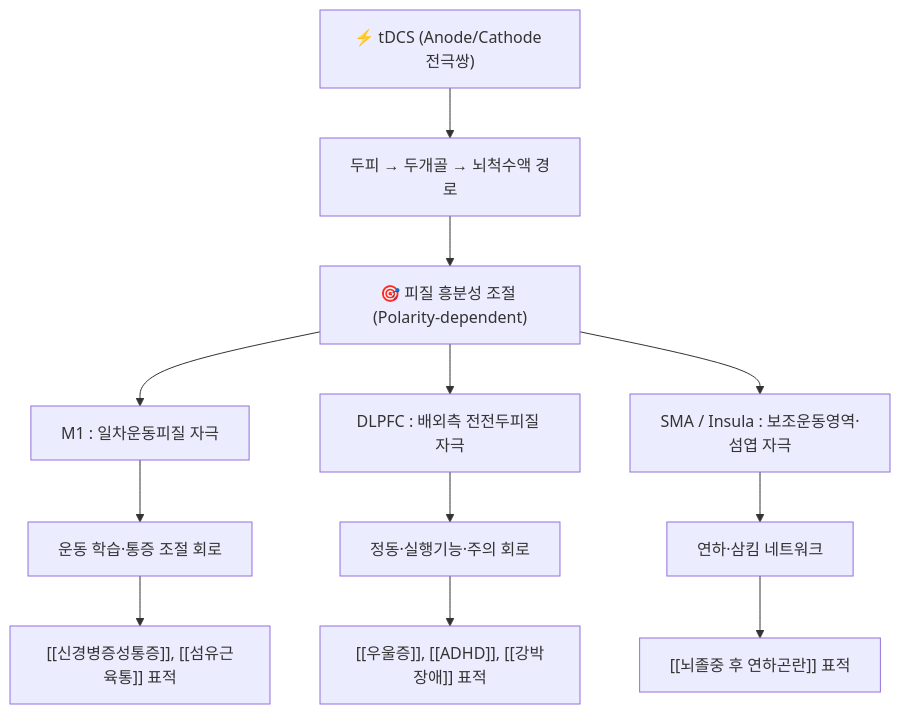
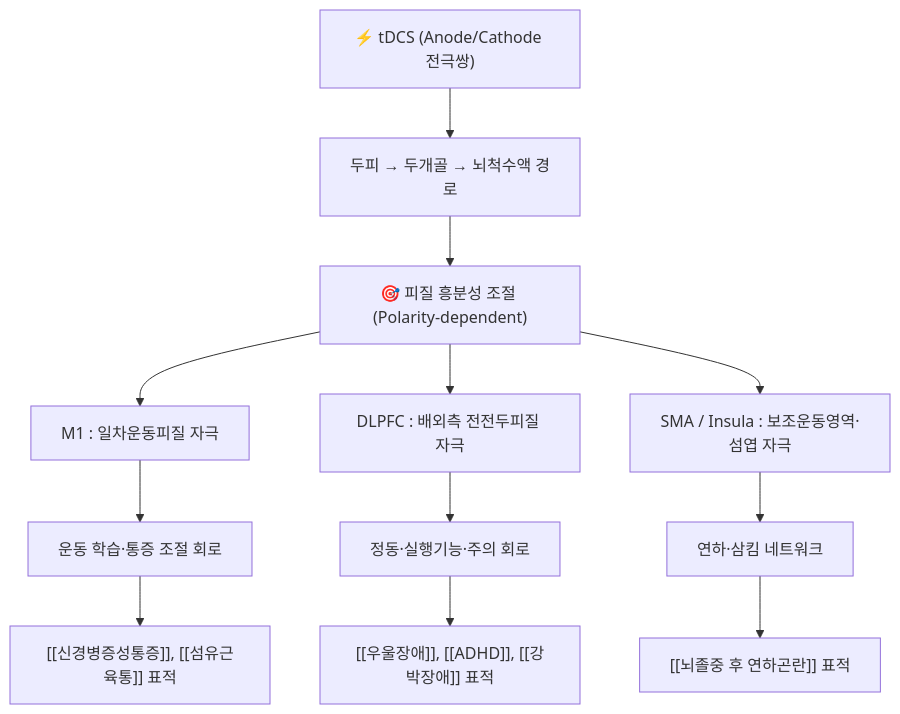
One commit to simbio11/simbio-digital-garden2 changed the diagram in content/3. 이론 공부/의학개념/신경생리·수용기/tDCS.md. Above: the diagram before and after it, drawn with Mermaid. The commit also changed 442 other files, not shown here.

````diff
--- a/content/3. 이론 공부/의학개념/신경생리·수용기/tDCS.md
+++ b/content/3. 이론 공부/의학개념/신경생리·수용기/tDCS.md
@@ -84,14 +84,14 @@
 ```mermaid
 graph TD
     A["⚡ tDCS (Anode/Cathode 전극쌍)"] --> B["두피 → 두개골 → 뇌척수액 경로"]
     B --> C["🎯 피질 흥분성 조절 (Polarity-dependent)"]
     C --> D["M1 : 일차운동피질 자극"]
     C --> E["DLPFC : 배외측 전전두피질 자극"]
     C --> F["SMA / Insula : 보조운동영역·섬엽 자극"]
     D --> G["운동 학습·통증 조절 회로"]
     E --> H["정동·실행기능·주의 회로"]
     F --> I["연하·삼킴 네트워크"]
     G --> J["[[신경병증성통증]], [[섬유근육통]] 표적"]
-    H --> K["[[우울증]], [[ADHD]], [[강박장애]] 표적"]
+    H --> K["[[우울장애]], [[ADHD]], [[강박장애]] 표적"]
     I --> L["[[뇌졸중 후 연하곤란]] 표적"]
 ```
````
